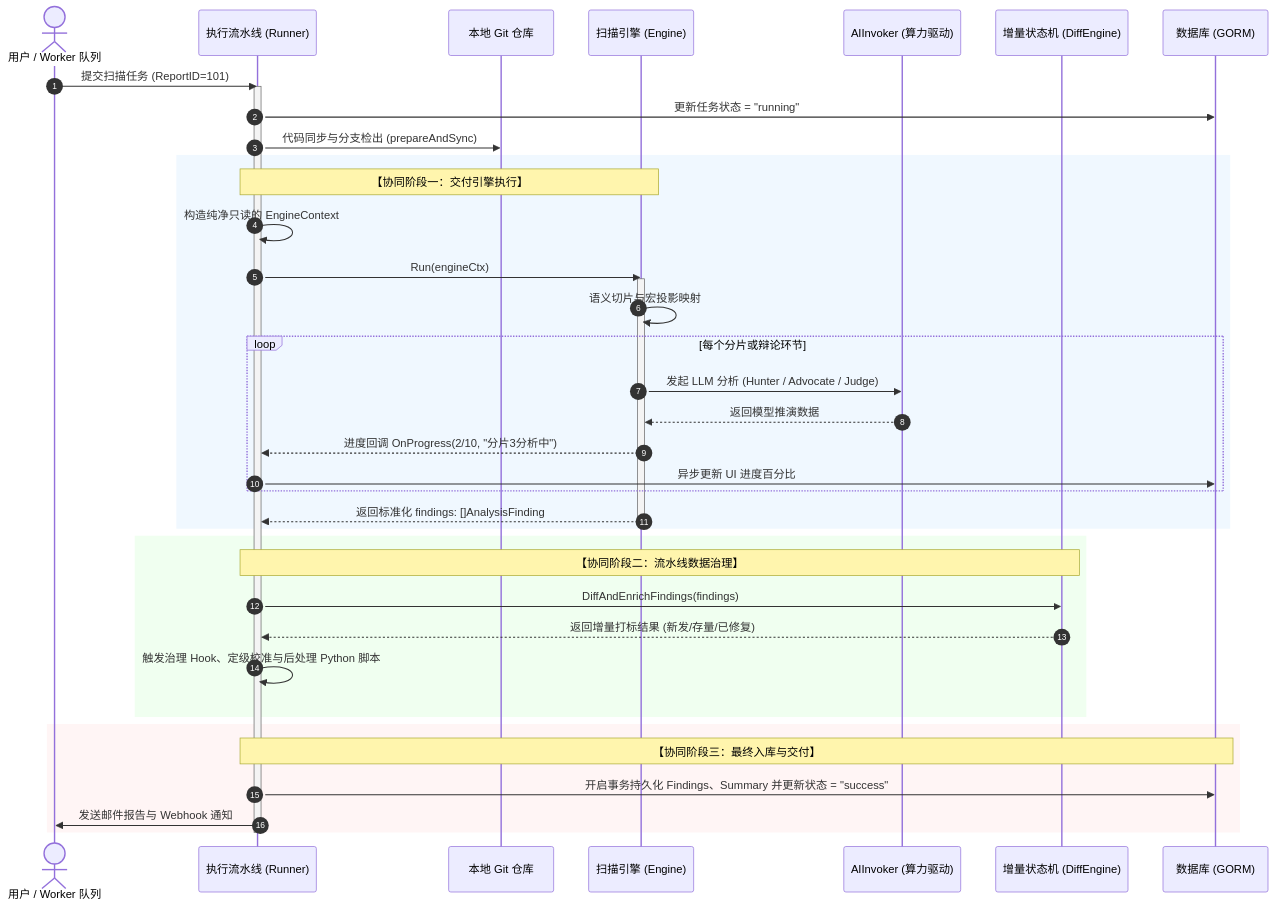
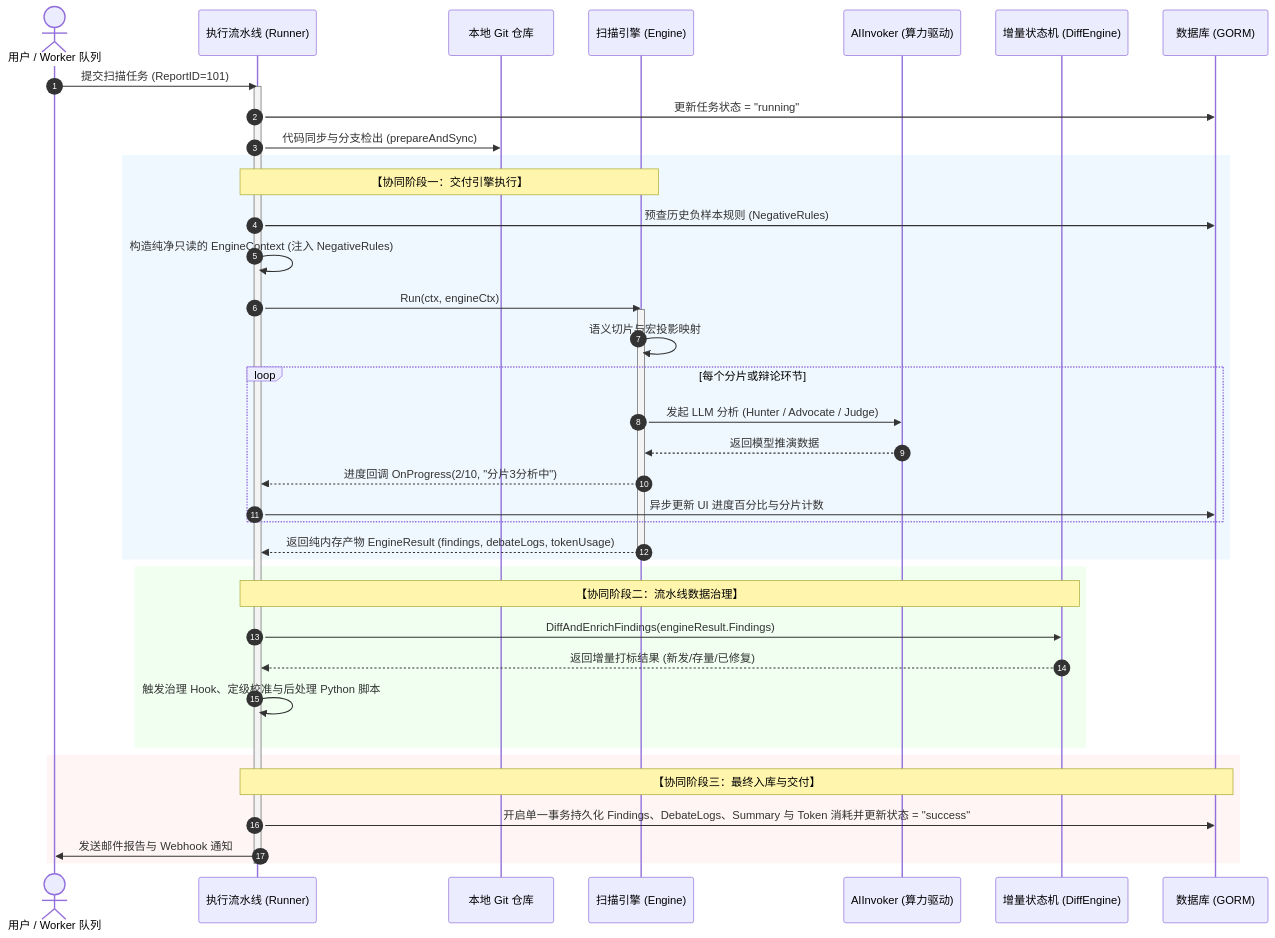
The third of 3 diagrams in docs/services-modular-architecture/04-扫描引擎与执行流水线职责边界与协同模型深度设计.md (fugui/code-shield), drawn with Mermaid before and after one commit. The commit also changed other lines of this file and 4 other files, not shown here.

````diff
--- a/docs/services-modular-architecture/04-扫描引擎与执行流水线职责边界与协同模型深度设计.md
+++ b/docs/services-modular-architecture/04-扫描引擎与执行流水线职责边界与协同模型深度设计.md
@@ -141,46 +141,47 @@
 ```mermaid
 sequenceDiagram
     autonumber
     actor User as 用户 / Worker 队列
     participant Runner as 执行流水线 (Runner)
     participant Git as 本地 Git 仓库
     participant Engine as 扫描引擎 (Engine)
     participant Invoker as AIInvoker (算力驱动)
     participant Diff as 增量状态机 (DiffEngine)
     participant DB as 数据库 (GORM)
 
     User->>Runner: 提交扫描任务 (ReportID=101)
     activate Runner
     Runner->>DB: 更新任务状态 = "running"
     Runner->>Git: 代码同步与分支检出 (prepareAndSync)
     
     rect rgb(240, 248, 255)
     Note over Runner,Engine: 【协同阶段一：交付引擎执行】
-    Runner->>Runner: 构造纯净只读的 EngineContext
-    Runner->>Engine: Run(engineCtx)
+    Runner->>DB: 预查历史负样本规则 (NegativeRules)
+    Runner->>Runner: 构造纯净只读的 EngineContext (注入 NegativeRules)
+    Runner->>Engine: Run(ctx, engineCtx)
     activate Engine
     Engine->>Engine: 语义切片与宏投影映射
     loop 每个分片或辩论环节
         Engine->>Invoker: 发起 LLM 分析 (Hunter / Advocate / Judge)
         Invoker-->>Engine: 返回模型推演数据
         Engine-->>Runner: 进度回调 OnProgress(2/10, "分片3分析中")
-        Runner->>DB: 异步更新 UI 进度百分比
+        Runner->>DB: 异步更新 UI 进度百分比与分片计数
     end
-    Engine-->>Runner: 返回标准化 findings: []AnalysisFinding
+    Engine-->>Runner: 返回纯内存产物 EngineResult (findings, debateLogs, tokenUsage)
     deactivate Engine
     end
 
     rect rgb(240, 255, 240)
     Note over Runner,Diff: 【协同阶段二：流水线数据治理】
-    Runner->>Diff: DiffAndEnrichFindings(findings)
+    Runner->>Diff: DiffAndEnrichFindings(engineResult.Findings)
     Diff-->>Runner: 返回增量打标结果 (新发/存量/已修复)
     Runner->>Runner: 触发治理 Hook、定级校准与后处理 Python 脚本
     end
 
     rect rgb(255, 245, 245)
     Note over Runner,DB: 【协同阶段三：最终入库与交付】
-    Runner->>DB: 开启事务持久化 Findings、Summary 并更新状态 = "success"
+    Runner->>DB: 开启单一事务持久化 Findings、DebateLogs、Summary 与 Token 消耗并更新状态 = "success"
     Runner->>User: 发送邮件报告与 Webhook 通知
     end
     deactivate Runner
 ```
````
